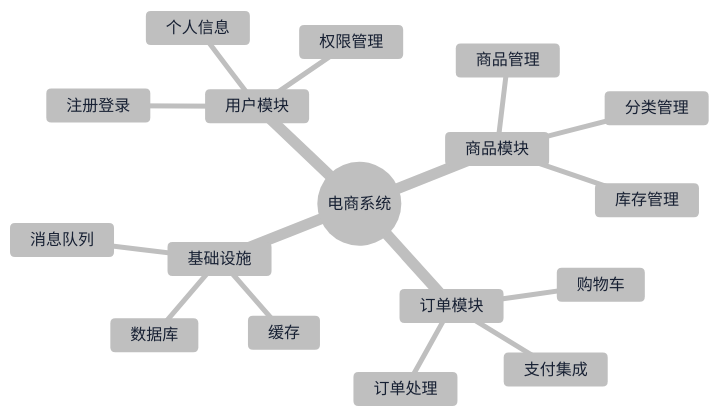
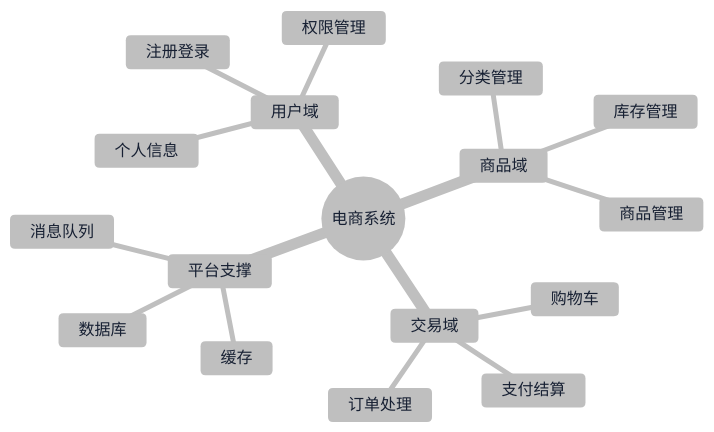
One commit to BeWaterMyFriend7/SKILL-PROJECT changed the diagram in .opencode/skills/mermaid-gen/examples/mindmap.md. Above: the diagram before and after it, drawn with Mermaid. The commit also changed other lines of this file and 39 other files, not shown here.

First line of the commit message:
优化 mermaid-gen 生成流程与校验能力

````diff
--- a/.opencode/skills/mermaid-gen/examples/mindmap.md
+++ b/.opencode/skills/mermaid-gen/examples/mindmap.md
@@ -5,21 +5,21 @@
 ```mermaid
 %%{init: {"theme":"base","themeVariables":{"fontFamily":"Inter, Noto Sans SC, Microsoft YaHei, sans-serif","primaryColor":"#FFFFFF","primaryBorderColor":"#2563EB","primaryTextColor":"#172033","lineColor":"#64748B","background":"#F6F8FB"}}}%%
 mindmap
   root((电商系统))
-    用户模块
+    用户域
       注册登录
       个人信息
       权限管理
-    商品模块
+    商品域
       商品管理
       分类管理
       库存管理
-    订单模块
+    交易域
       购物车
       订单处理
-      支付集成
-    基础设施
+      支付结算
+    平台支撑
       数据库
       缓存
       消息队列
 ```
````
